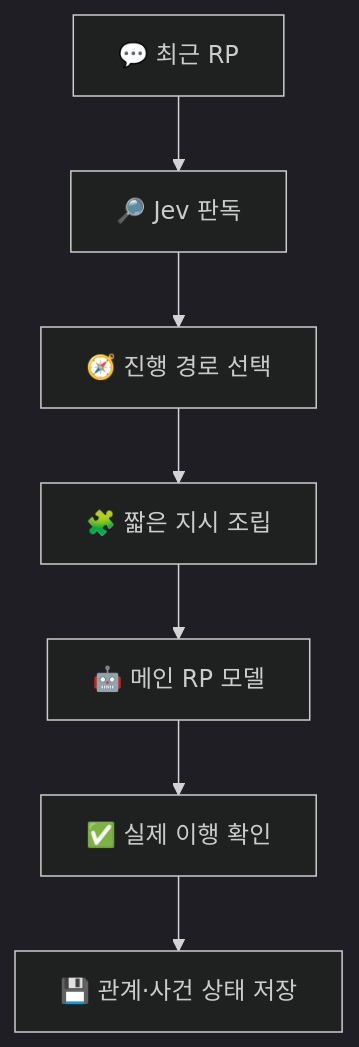
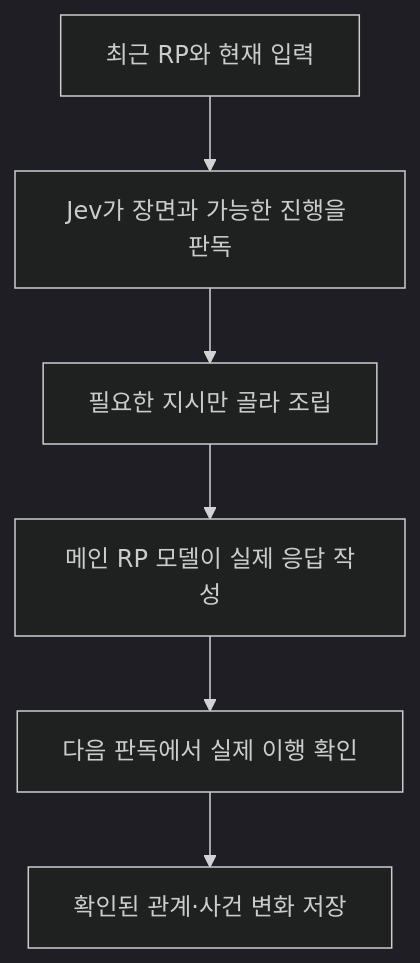
The diagram in README.md (bongbong11/-_-), drawn with Mermaid (dark theme) before and after one commit. The commit also changed other lines of this file and 44 other files, not shown here.

```diff
--- a/README.md
+++ b/README.md
@@ -40,9 +131,8 @@
 ~~~mermaid
 flowchart TD
-    A["💬 최근 RP"] --> B["🔎 Jev 판독"]
-    B --> C["🧭 진행 경로 선택"]
-    C --> D["🧩 짧은 지시 조립"]
-    D --> E["🤖 메인 RP 모델"]
-    E --> F["✅ 실제 이행 확인"]
-    F --> G["💾 관계·사건 상태 저장"]
+    A["최근 RP와 현재 입력"] --> B["Jev가 장면과 가능한 진행을 판독"]
+    B --> C["필요한 지시만 골라 조립"]
+    C --> D["메인 RP 모델이 실제 응답 작성"]
+    D --> E["다음 판독에서 실제 이행 확인"]
+    E --> F["확인된 관계·사건 변화 저장"]
 ~~~
```
